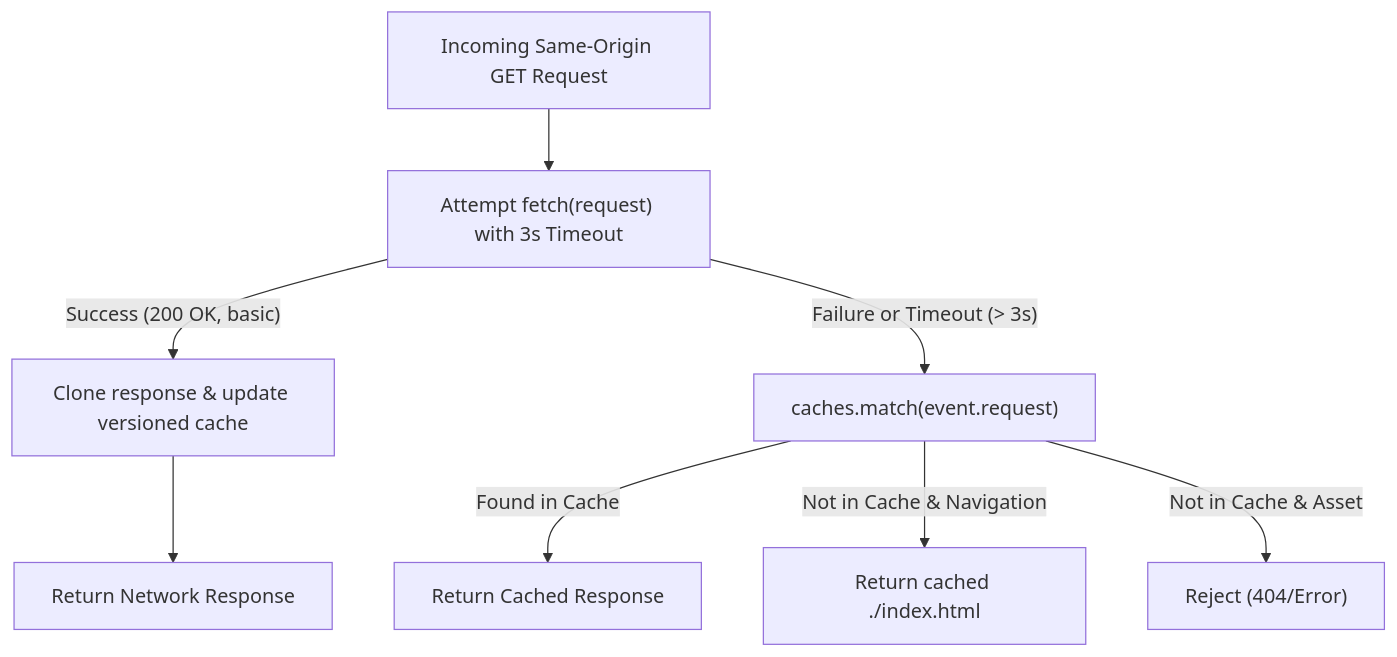
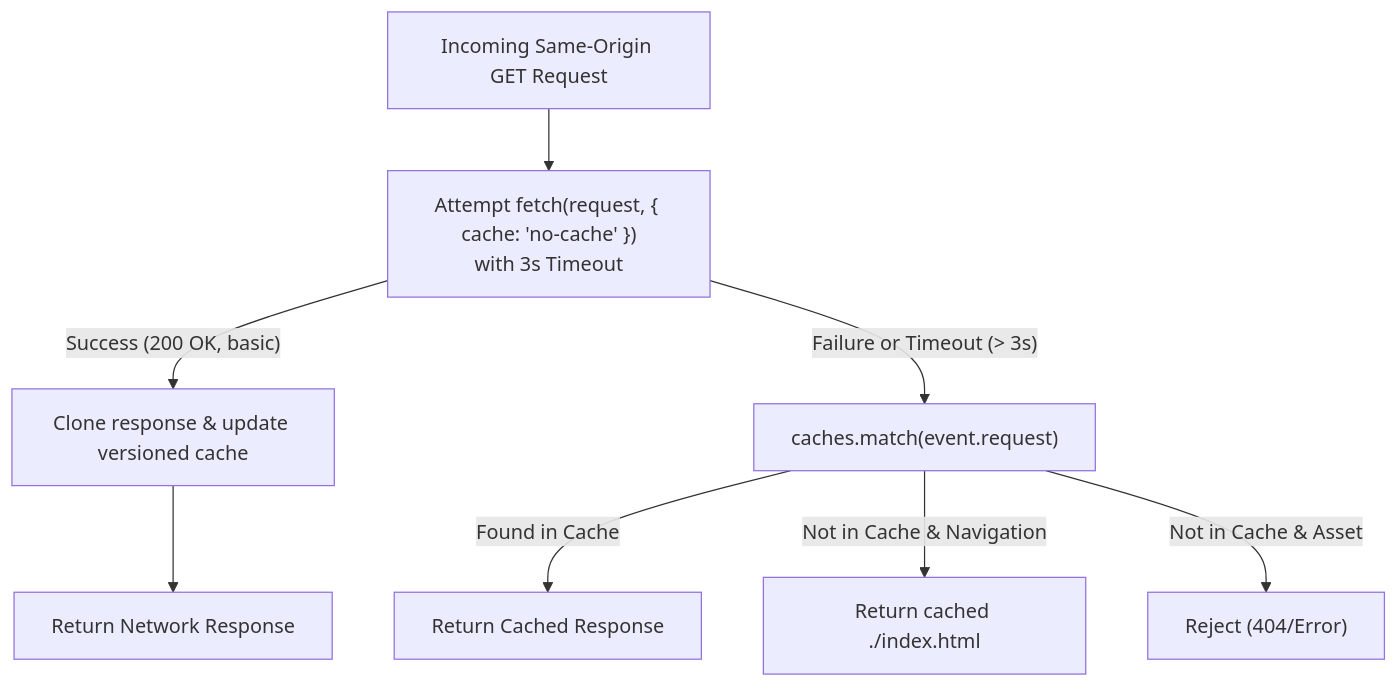
One commit to Shail5320/room-acoustic-analyzer changed the third of 3 diagrams in docs/learning/phase1.md. Above: the diagram before and after it, drawn with Mermaid. The commit also changed other lines of this file and 3 other files, not shown here.

Commit message:
fix(pwa): force fetch with cache: no-cache to bypass GitHub Pages 10-min HTTP cache, bump to v5

````diff
--- a/docs/learning/phase1.md
+++ b/docs/learning/phase1.md
@@ -92,9 +92,9 @@
 ```mermaid
 flowchart TD
-    Req["Incoming Same-Origin GET Request"] --> Net["Attempt fetch(request) with 3s Timeout"]
+    Req["Incoming Same-Origin GET Request"] --> Net["Attempt fetch(request, { cache: 'no-cache' })<br/>with 3s Timeout"]
     Net -->|"Success (200 OK, basic)"| CachePut["Clone response & update versioned cache"] --> RetNet["Return Network Response"]
     Net -->|"Failure or Timeout (> 3s)"| CacheMatch["caches.match(event.request)"]
     CacheMatch -->|"Found in Cache"| RetCache["Return Cached Response"]
     CacheMatch -->|"Not in Cache & Navigation"| Fallback["Return cached ./index.html"]
     CacheMatch -->|"Not in Cache & Asset"| Error["Reject (404/Error)"]
 ```
````
